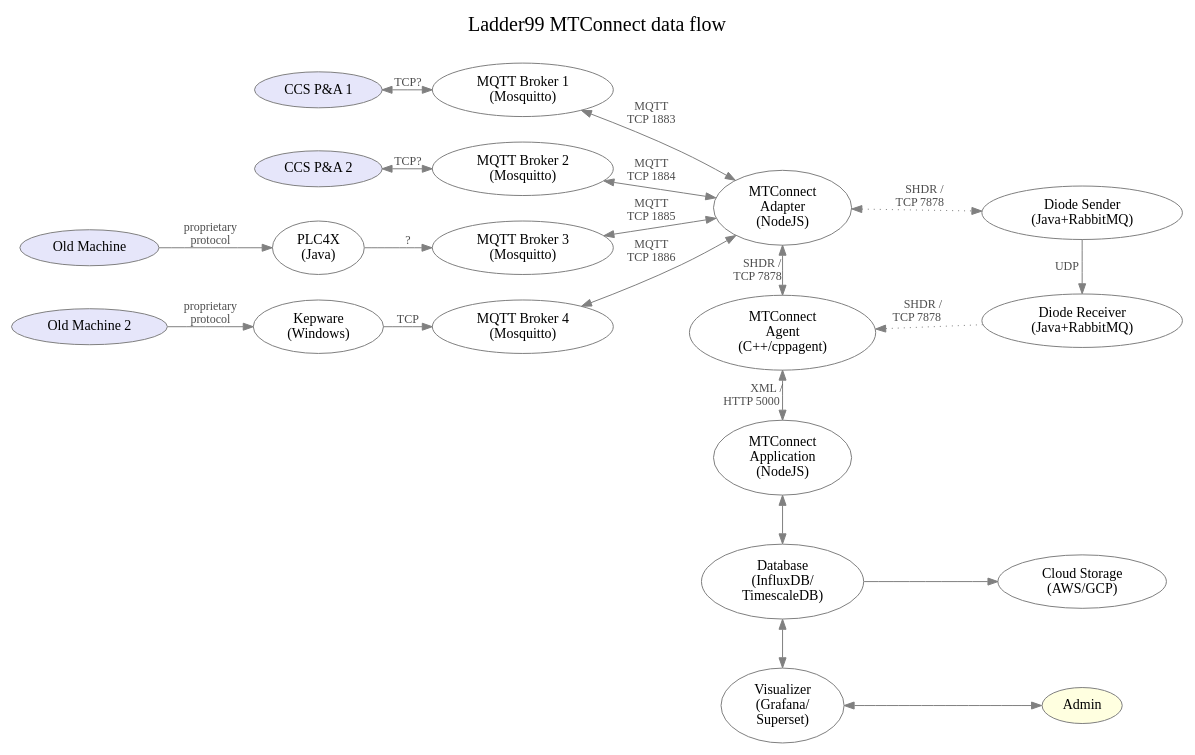
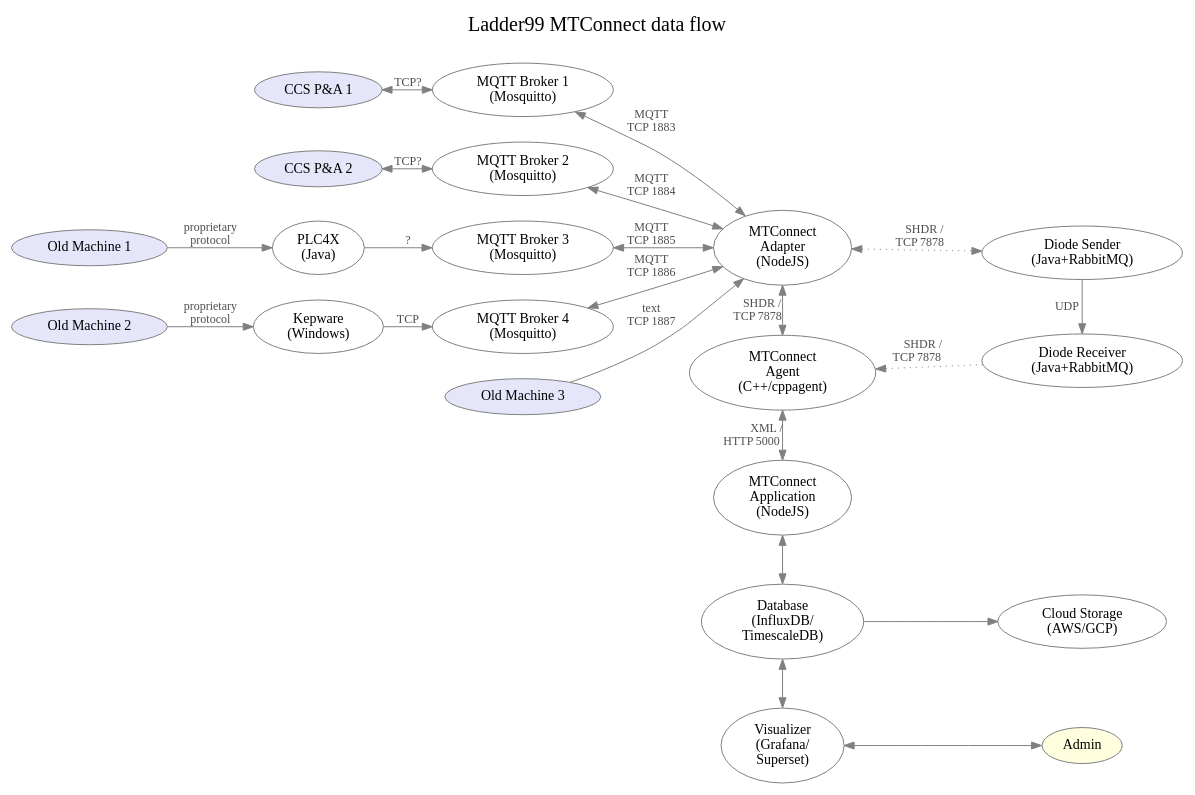
Before and after one commit to Ladder99/ladder99: the diagram in design/architecture.dot, drawn with Graphviz. The commit also changed 2 other files, not shown here.

```diff
--- a/design/architecture.dot
+++ b/design/architecture.dot
@@ -1,86 +1,88 @@
 digraph "ladder99-adapter" {
 
   // styles
   graph [ label="Ladder99 MTConnect data flow\n "; color=lightgray; ];
   graph [ fontsize=20 ];
   graph [ labelloc=t ];
   graph [ ranksep=0.2 ];
   graph [ nodesep=0.35 ];
   graph [ rankdir=LR; ] // left-to-right
   node [ color=gray; fillcolor=white; style=filled ];
   edge [ color=gray ];
   edge [ fontsize=12; fontcolor=gray30; ];
 
   // nodes
   PA1 [ fillcolor=lavender; label="CCS P&A 1" ];
   PA2 [ fillcolor=lavender; label="CCS P&A 2" ];
-  OldMachine [ fillcolor=lavender; label="Old Machine" ];
+  OldMachine [ fillcolor=lavender; label="Old Machine 1" ];
   PLC4X [ label="PLC4X\n(Java)" ];
   OldMachine2 [ fillcolor=lavender; label="Old Machine 2" ];
   Kepware [ label="Kepware\n(Windows)"];
   Broker1 [ label="MQTT Broker 1\n(Mosquitto)" ];
   Broker2 [ label="MQTT Broker 2\n(Mosquitto)" ];
   Broker3 [ label="MQTT Broker 3\n(Mosquitto)" ];
   Broker4 [ label="MQTT Broker 4\n(Mosquitto)" ];
+  OldMachine3 [ fillcolor=lavender; label="Old Machine 3" ];
   Adapter [ label="MTConnect\nAdapter\n(NodeJS)" ];
   // Device1Sheet [ fillcolor=greenyellow; label="device1.sheet" ];
   // Device1Yaml [ fillcolor=greenyellow; label="device1.yaml" ];
   // Device1Js [ label="device1.js" ];
   // Device2Sheet [ fillcolor=greenyellow; label="device2.sheet" ];
   // Device2Yaml [ fillcolor=greenyellow; label="device2.yaml" ];
   // Device2Js [ label="device2.js" ];
   DiodeSender [ label="Diode Sender\n(Java+RabbitMQ)" ];
   DiodeReceiver [ label="Diode Receiver\n(Java+RabbitMQ)" ];
   // DevicesXml [ label="devices.xml" ];
   Agent [ label="MTConnect\nAgent\n(C++/cppagent)" ];
   Application [ label="MTConnect\nApplication\n(NodeJS)" ];
   Database [ label="Database\n(InfluxDB/\nTimescaleDB)" ];
   Visualizer [ label="Visualizer\n(Grafana/\nSuperset)" ];
   Cloud [ label="Cloud Storage\n(AWS/GCP)" ];
   Admin [ fillcolor=lightyellow ];
   // LOI [ label="LOI\n(SvelteJS)" ];
   // Operator [ fillcolor=lightyellow ];
 
   // edges
   PA1 -> Broker1 [ label="TCP?", dir=both ];
   PA2 -> Broker2 [ label="TCP?", dir=both ];
   OldMachine -> PLC4X [ label="proprietary\nprotocol" ];
   PLC4X -> Broker3 [ label="?" ];
   OldMachine2 -> Kepware [ label="proprietary\nprotocol" ];
   Kepware -> Broker4 [ label="TCP" ];
+  OldMachine3 -> Adapter [ label="text\nTCP 1887" ];
   Broker1 -> Adapter [ label="MQTT\nTCP 1883", dir=both ];
   Broker2 -> Adapter [ label="MQTT\nTCP 1884", dir=both ];
   Broker3 -> Adapter [ label="MQTT\nTCP 1885", dir=both ];
   Broker4 -> Adapter [ label="MQTT\nTCP 1886", dir=both ];
   
   Adapter -> Agent [ label="SHDR /   \nTCP 7878      ", dir=both ];
 
   Adapter -> DiodeSender [ label="SHDR /   \nTCP 7878      ", dir=both, style=dotted ];
   DiodeSender -> DiodeReceiver [ label="UDP    " ];
   DiodeReceiver -> Agent [ label="SHDR /    \nTCP 7878        ", style=dotted ];
   
   // Device1Sheet -> Device1Yaml [ label="feeds into" ];
   // Device1Yaml -> Device1Js [ label="generates" ];
   // Device1Js -> Proxy1 [ label="used by" ];
   // Device2Sheet -> Device2Yaml [ label="feeds into" ];
   // Device2Yaml -> Device2Js [ label="generates" ];
   // Device2Js -> Proxy2 [ label="used by" ];
   // Device1Yaml -> DevicesXml [ label="generates" ];
   // Device2Yaml -> DevicesXml [ label="generates" ];
   // DiodeSender -> DiodeReceiver [ label="UDP    " ];
   // DiodeReceiver -> Agent [ label="SHDR /    \nTCP 7878        " ];
   // Adapter -> Agent [ label="SHDR/\nTCP 7878" ];
   // DevicesXml -> Agent [ label="used by" ];
   Agent -> Application [ dir=both; label="XML / \nHTTP 5000          " ];
   Application -> Database [ dir=both ];
   Database -> Visualizer [ dir=both ];
   Database -> Cloud;
   Visualizer -> Admin [ dir=both ];
   // Application -> LOI;
   // LOI -> Operator;
 
   // rank
   // { rank=same; DiodeSender DiodeReceiver Agent Application Database Visualizer };
   { rank=same; Adapter Agent Application Database Visualizer };
   { rank=same; DiodeSender DiodeReceiver Cloud Admin };
 }
```
